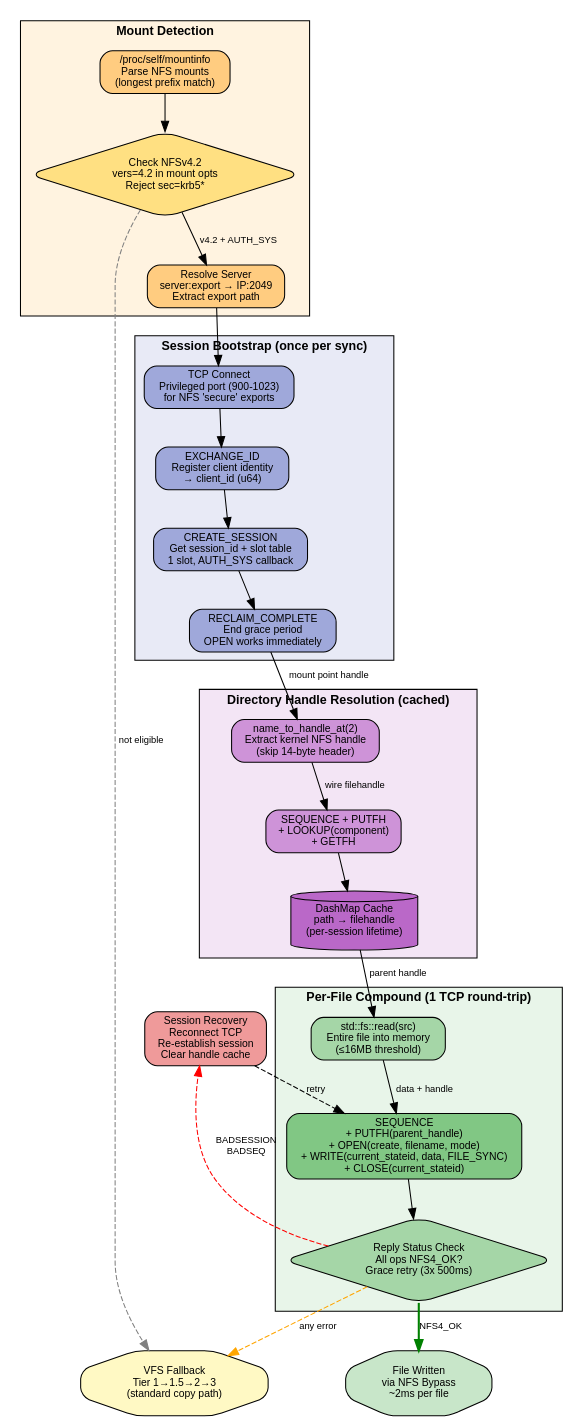
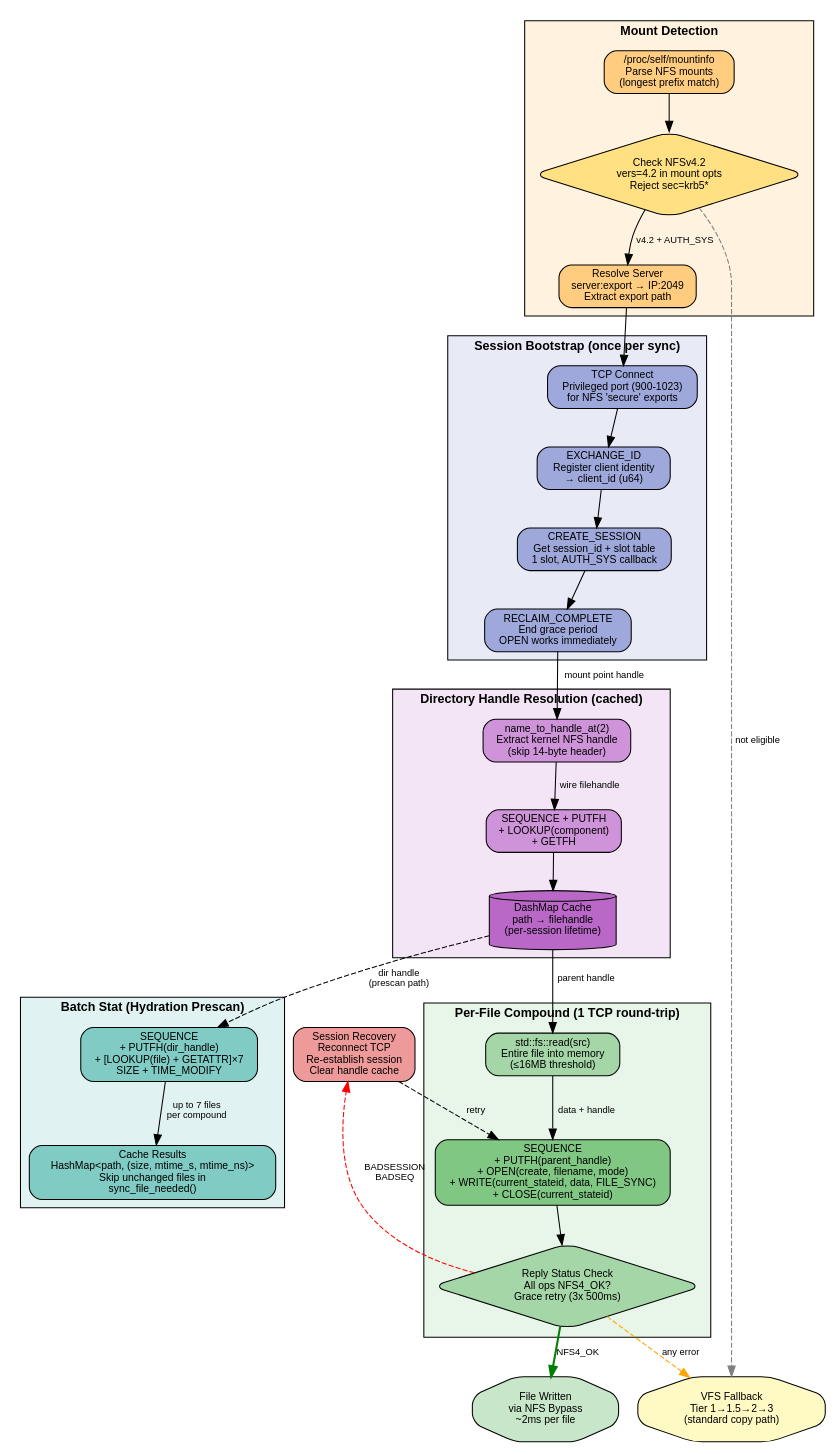
Before and after one commit to fluid-notion-labs/foxing: the diagram in docs/diagrams/nfs-bypass.dot, drawn with Graphviz. The commit also changed 14 other files, not shown here.

First line of the commit message:
v0.6.0 docs: benchmarks comparison, diagram updates, remove ADRs

```diff
--- a/docs/diagrams/nfs-bypass.dot
+++ b/docs/diagrams/nfs-bypass.dot
@@ -1,86 +1,99 @@
 // foxingd/fxcp NFS Bypass — Userspace Compound RPC Pipeline
 // Generate: dot -Tsvg nfs-bypass.dot -o nfs-bypass.svg
 digraph nfs_bypass {
     rankdir=TB;
     compound=true;
     fontname="Helvetica";
     node [fontname="Helvetica", fontsize=10, shape=box, style="rounded,filled", fillcolor="#e8f4fd"];
     edge [fontname="Helvetica", fontsize=9];
 
     // Detection
     subgraph cluster_detect {
         label="Mount Detection";
         style="filled"; fillcolor="#fff3e0";
         fontsize=12; fontname="Helvetica-Bold";
 
         mountinfo [label="/proc/self/mountinfo\nParse NFS mounts\n(longest prefix match)", fillcolor="#ffcc80"];
         check_v42 [label="Check NFSv4.2\nvers=4.2 in mount opts\nReject sec=krb5*", shape=diamond, fillcolor="#ffe082"];
         resolve_addr [label="Resolve Server\nserver:export → IP:2049\nExtract export path", fillcolor="#ffcc80"];
     }
 
     mountinfo -> check_v42;
     check_v42 -> resolve_addr [label="v4.2 + AUTH_SYS"];
     check_v42 -> vfs_path [label="not eligible", style=dashed, color=gray];
 
     // Session Bootstrap
     subgraph cluster_session {
         label="Session Bootstrap (once per sync)";
         style="filled"; fillcolor="#e8eaf6";
         fontsize=12; fontname="Helvetica-Bold";
 
         tcp_connect [label="TCP Connect\nPrivileged port (900-1023)\nfor NFS 'secure' exports", fillcolor="#9fa8da"];
         exchange_id [label="EXCHANGE_ID\nRegister client identity\n→ client_id (u64)", fillcolor="#9fa8da"];
         create_session [label="CREATE_SESSION\nGet session_id + slot table\n1 slot, AUTH_SYS callback", fillcolor="#9fa8da"];
         reclaim [label="RECLAIM_COMPLETE\nEnd grace period\nOPEN works immediately", fillcolor="#9fa8da"];
     }
 
     resolve_addr -> tcp_connect;
     tcp_connect -> exchange_id;
     exchange_id -> create_session;
     create_session -> reclaim;
 
     // Handle Resolution
     subgraph cluster_handles {
         label="Directory Handle Resolution (cached)";
         style="filled"; fillcolor="#f3e5f5";
         fontsize=12; fontname="Helvetica-Bold";
 
         name_to_handle [label="name_to_handle_at(2)\nExtract kernel NFS handle\n(skip 14-byte header)", fillcolor="#ce93d8"];
         lookup [label="SEQUENCE + PUTFH\n+ LOOKUP(component)\n+ GETFH", fillcolor="#ce93d8"];
         cache [label="DashMap Cache\npath → filehandle\n(per-session lifetime)", shape=cylinder, fillcolor="#ba68c8"];
     }
 
     reclaim -> name_to_handle [label="mount point handle"];
     name_to_handle -> lookup [label="wire filehandle"];
     lookup -> cache;
 
     // Per-file compound
     subgraph cluster_compound {
         label="Per-File Compound (1 TCP round-trip)";
         style="filled"; fillcolor="#e8f5e9";
         fontsize=12; fontname="Helvetica-Bold";
 
         read_src [label="std::fs::read(src)\nEntire file into memory\n(≤16MB threshold)", fillcolor="#a5d6a7"];
 
         compound [label="SEQUENCE\n+ PUTFH(parent_handle)\n+ OPEN(create, filename, mode)\n+ WRITE(current_stateid, data, FILE_SYNC)\n+ CLOSE(current_stateid)", fillcolor="#81c784"];
 
         verify [label="Reply Status Check\nAll ops NFS4_OK?\nGrace retry (3x 500ms)", shape=diamond, fillcolor="#a5d6a7"];
     }
 
     cache -> read_src [label="parent handle"];
     read_src -> compound [label="data + handle"];
     compound -> verify;
 
     // Outcomes
     success [label="File Written\nvia NFS Bypass\n~2ms per file", shape=octagon, fillcolor="#c8e6c9"];
     vfs_path [label="VFS Fallback\nTier 1→1.5→2→3\n(standard copy path)", shape=octagon, fillcolor="#fff9c4"];
 
     verify -> success [label="NFS4_OK", color=green, penwidth=2];
     verify -> vfs_path [label="any error", color=orange, style=dashed];
 
+    // Batch stat (prescan)
+    subgraph cluster_batchstat {
+        label="Batch Stat (Hydration Prescan)";
+        style="filled"; fillcolor="#e0f2f1";
+        fontsize=12; fontname="Helvetica-Bold";
+
+        batch_compound [label="SEQUENCE\n+ PUTFH(dir_handle)\n+ [LOOKUP(file) + GETATTR]×7\nSIZE + TIME_MODIFY", fillcolor="#80cbc4"];
+        batch_result [label="Cache Results\nHashMap<path, (size, mtime_s, mtime_ns)>\nSkip unchanged files in\nsync_file_needed()", fillcolor="#80cbc4"];
+    }
+
+    cache -> batch_compound [label="dir handle\n(prescan path)", style=dashed];
+    batch_compound -> batch_result [label="up to 7 files\nper compound"];
+
     // Session recovery
     session_err [label="Session Recovery\nReconnect TCP\nRe-establish session\nClear handle cache", fillcolor="#ef9a9a"];
 
     verify -> session_err [label="BADSESSION\nBADSEQ", color=red, style=dashed];
     session_err -> compound [label="retry", style=dashed];
 }
```
